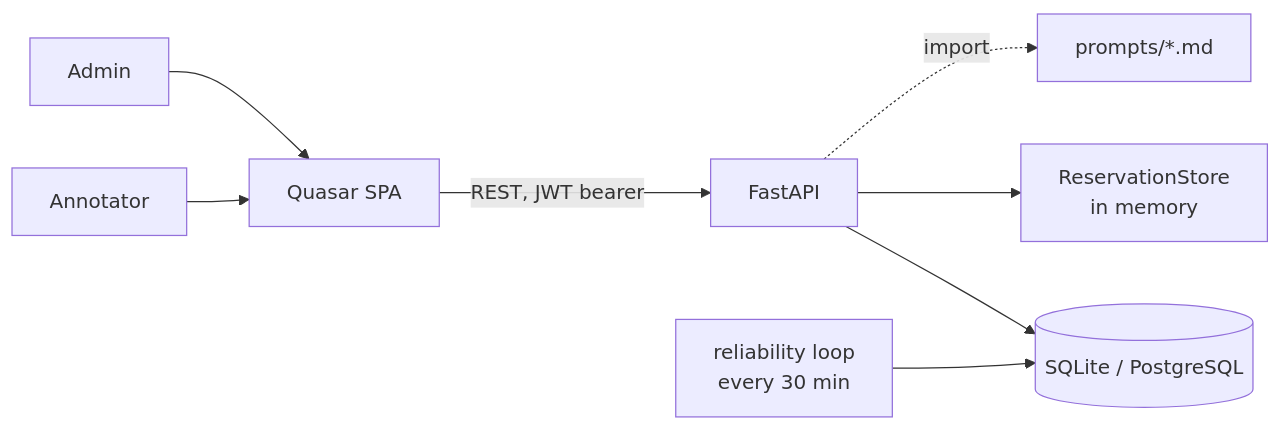
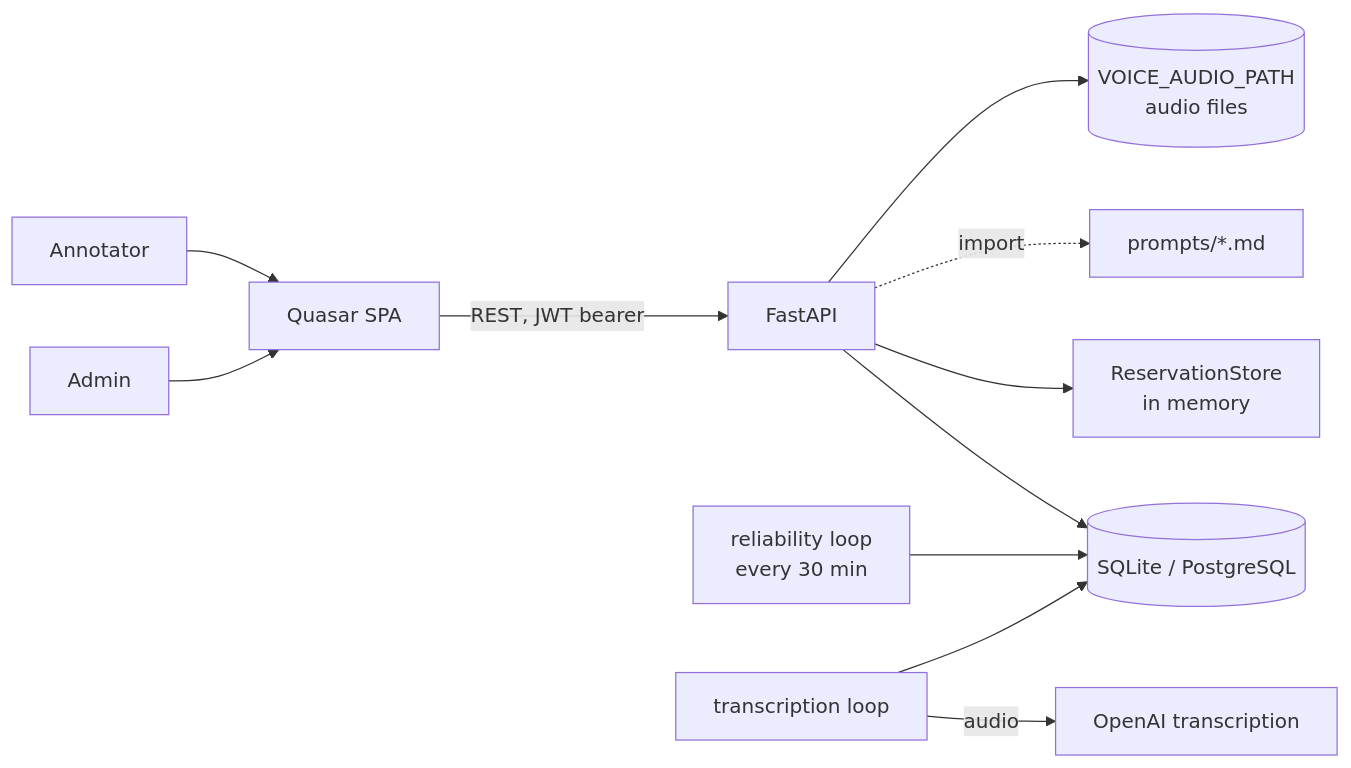
The first of 2 diagrams in docs/architecture.md (michal-hradis/semant_text_cl_app), drawn with Mermaid before and after one commit. The commit also changed other lines of this file and 26 other files, not shown here.

````diff
--- a/docs/architecture.md
+++ b/docs/architecture.md
@@ -5,10 +5,13 @@
 ```mermaid
 flowchart LR
     A[Annotator] --> F[Quasar SPA]
     Admin --> F
     F -->|REST, JWT bearer| API[FastAPI]
     API --> DB[(SQLite / PostgreSQL)]
     API --> R[ReservationStore<br/>in memory]
     API -.->|import| P[prompts/*.md]
     J[reliability loop<br/>every 30 min] --> DB
+    API --> AF[(VOICE_AUDIO_PATH<br/>audio files)]
+    T[transcription loop] --> DB
+    T -->|audio| OAI[OpenAI transcription]
 ```
````
